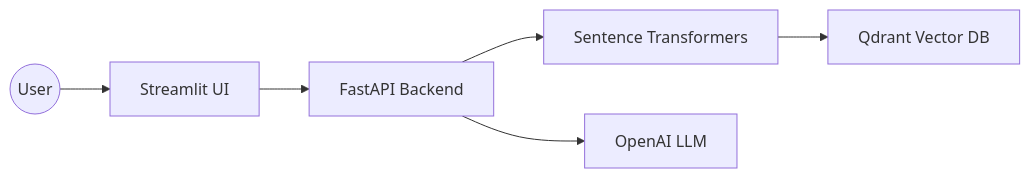
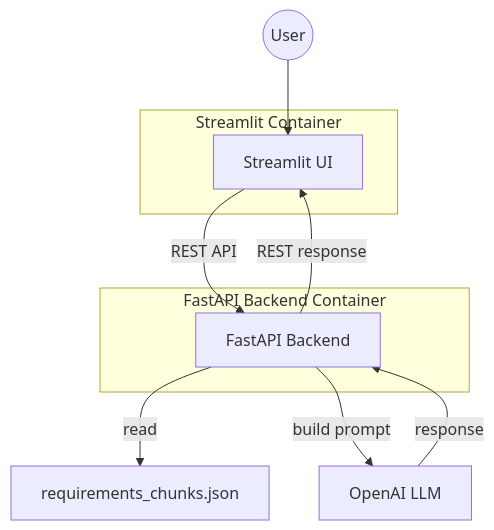
Before and after one commit to davidedm26/LegalAIze: the diagram in README.md, drawn with Mermaid. The commit also changed other lines of this file and 7 other files, not shown here.

````diff
--- a/README.md
+++ b/README.md
@@ -34,8 +34,15 @@
 ```mermaid
-flowchart LR
+flowchart TD
 	User((User)) --> Streamlit["Streamlit UI"]
-	Streamlit --> FastAPI["FastAPI Backend"]
-	FastAPI --> SentenceTransformers["Sentence Transformers"]
-	SentenceTransformers --> Qdrant["Qdrant Vector DB"]
-	FastAPI --> OpenAI["OpenAI LLM"]
+	subgraph Frontend ["Streamlit Container"]
+		Streamlit
+	end
+	subgraph Backend ["FastAPI Backend Container"]
+		FastAPI["FastAPI Backend"]
+	end
+	Streamlit -- REST API --> FastAPI
+	FastAPI -- read --> ReqChunks["requirements_chunks.json"]
+	FastAPI -- build prompt --> OpenAI["OpenAI LLM"]
+	OpenAI -- response --> FastAPI
+	FastAPI -- REST response --> Streamlit
 ```
````
